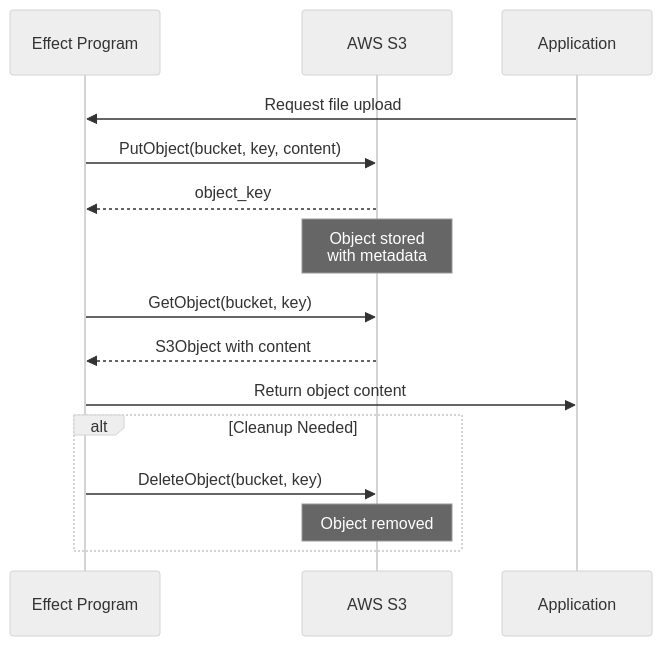
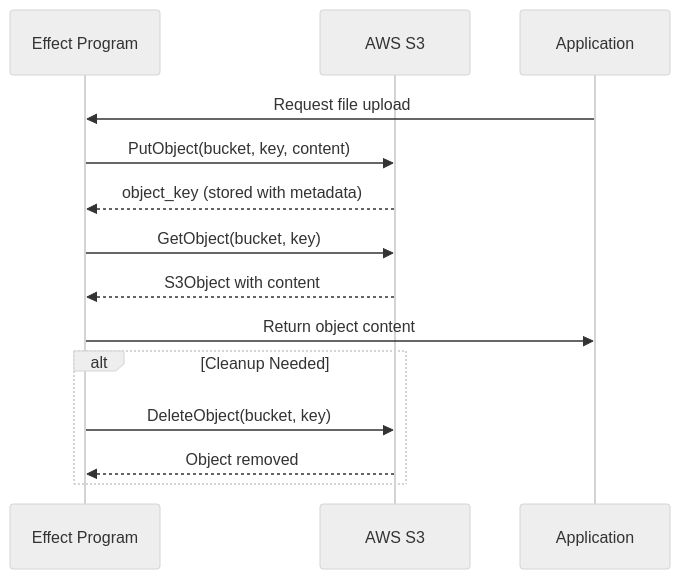
One commit to Tuee22/effectful changed the diagram in documents/tutorials/09_storage_effects.md. Above: the diagram before and after it, drawn with Mermaid (neutral theme). The commit also changed other lines of this file and 80 other files, not shown here.

````diff
--- a/documents/tutorials/09_storage_effects.md
+++ b/documents/tutorials/09_storage_effects.md
@@ -18,22 +18,20 @@
 ```mermaid
 sequenceDiagram
     participant Program as Effect Program
     participant S3 as AWS S3
     participant App as Application
 
     App->>Program: Request file upload
     Program->>S3: PutObject(bucket, key, content)
-    S3-->>Program: object_key
-
-    Note over S3: Object stored<br/>with metadata
+    S3-->>Program: object_key (stored with metadata)
 
     Program->>S3: GetObject(bucket, key)
     S3-->>Program: S3Object with content
 
     Program->>App: Return object content
 
     alt Cleanup Needed
         Program->>S3: DeleteObject(bucket, key)
-        Note over S3: Object removed
+        S3-->>Program: Object removed
     end
 ```
````
